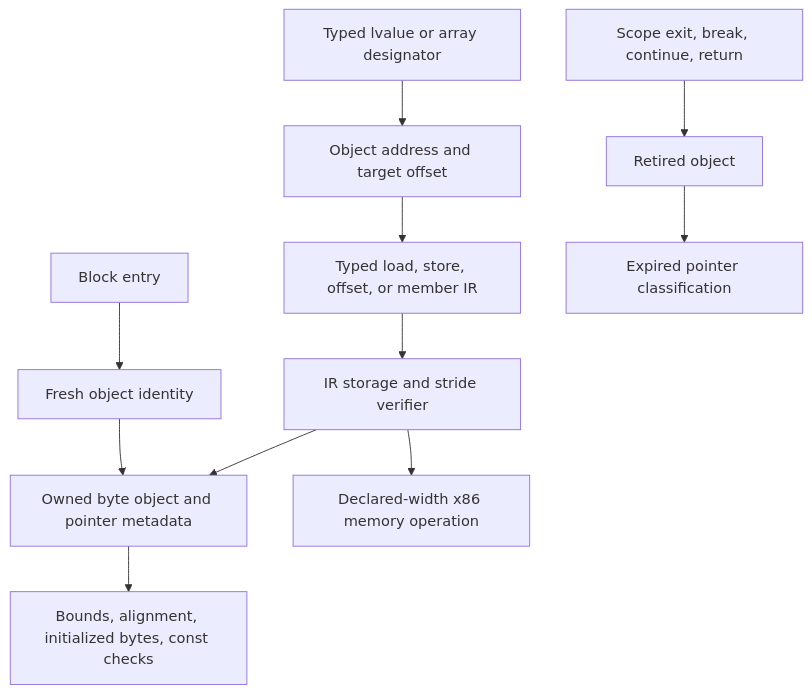
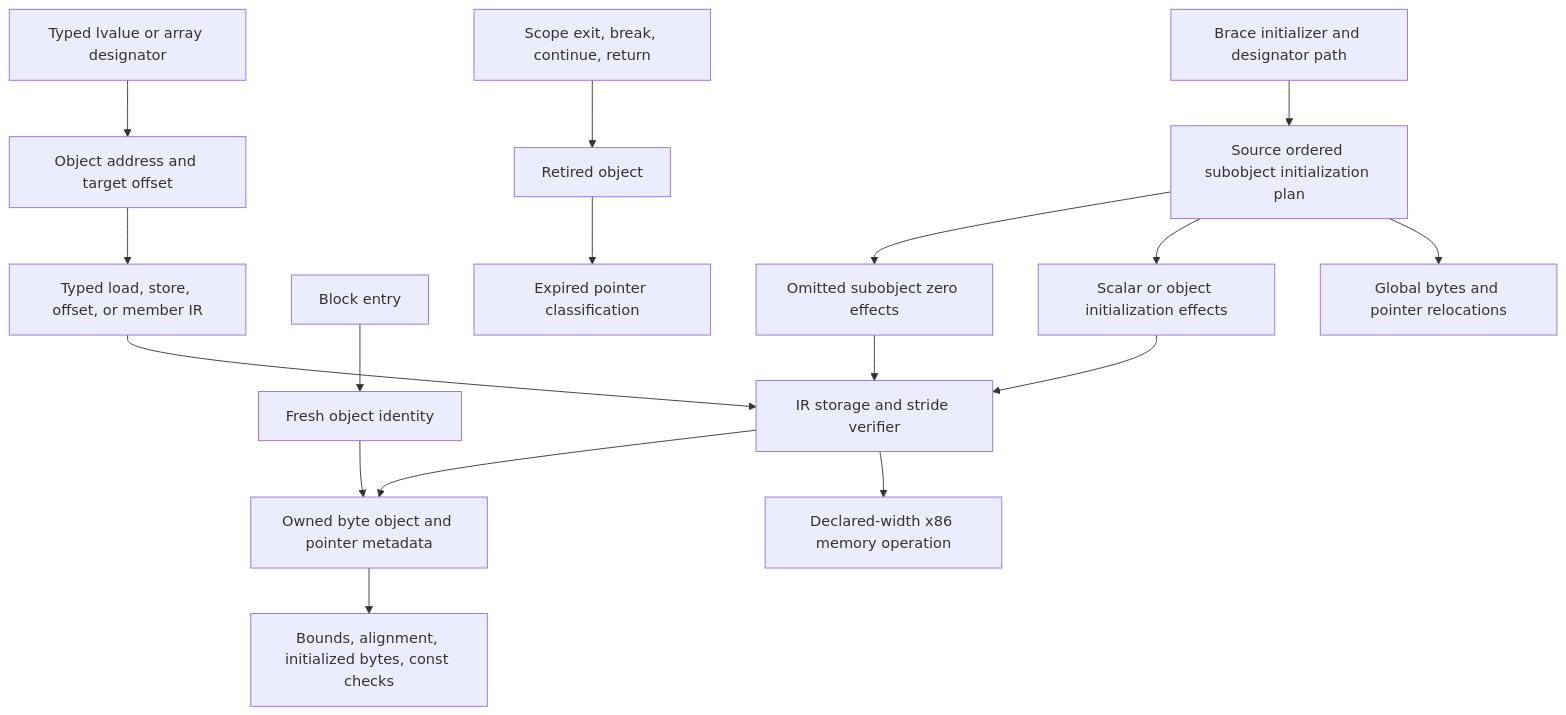
Before and after one commit to Aneesh495/cinder: the diagram in docs/diagrams/object-memory.mmd, drawn with Mermaid. The commit also changed 125 other files, not shown here.

Commit message:
Implement subobject initialization and preserve object assembly relocations

```diff
--- a/docs/diagrams/object-memory.mmd
+++ b/docs/diagrams/object-memory.mmd
@@ -1,11 +1,17 @@
 flowchart TD
     AST[Typed lvalue or array designator] --> ADDR[Object address and target offset]
     ADDR --> IR[Typed load, store, offset, or member IR]
     IR --> CHECK[IR storage and stride verifier]
     CHECK --> VM[Owned byte object and pointer metadata]
     CHECK --> X86[Declared-width x86 memory operation]
     VM --> BOUNDS[Bounds, alignment, initialized bytes, const checks]
     ENTRY[Block entry] --> FRESH[Fresh object identity]
     FRESH --> VM
     EXIT[Scope exit, break, continue, return] --> DEAD[Retired object]
     DEAD --> LIFETIME[Expired pointer classification]
+    LIST[Brace initializer and designator path] --> PLAN[Source ordered subobject initialization plan]
+    PLAN --> ZERO[Omitted subobject zero effects]
+    PLAN --> INIT[Scalar or object initialization effects]
+    ZERO --> CHECK
+    INIT --> CHECK
+    PLAN --> STATIC[Global bytes and pointer relocations]
```
